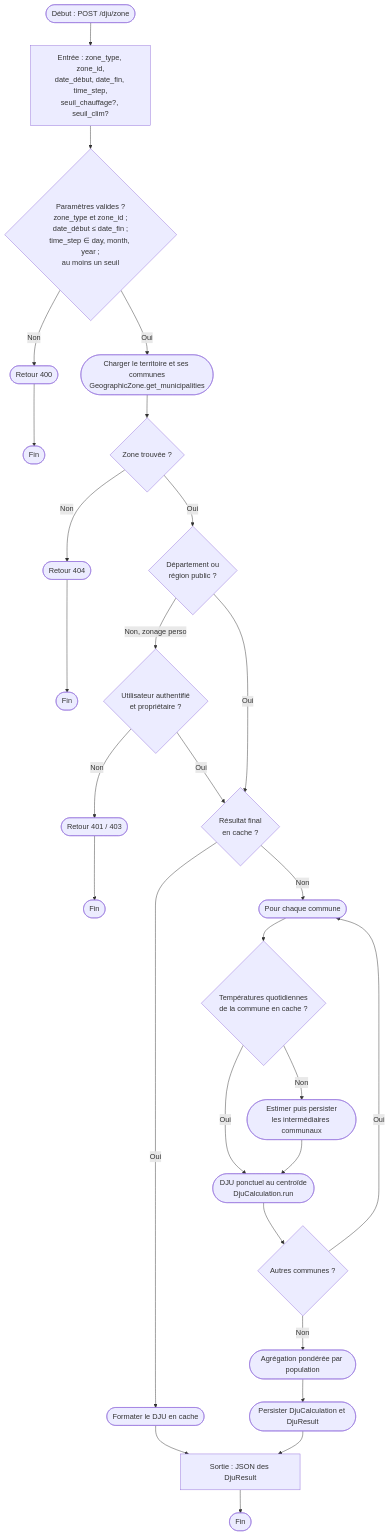
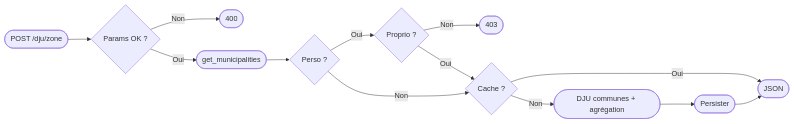
One commit to gabriel-dahan/ensai-it-project-2a-team12 changed the fifth of 8 diagrams in doc/activity_diagram.md. Above: the diagram before and after it, drawn with Mermaid. The commit also changed other lines of this file and 30688 other files, not shown here.

````diff
--- a/doc/activity_diagram.md
+++ b/doc/activity_diagram.md
@@ -93,30 +60,15 @@
 ```mermaid
-flowchart TD
-    start([Début : POST /dju/zone]) --> entree["Entrée : zone_type, zone_id,\ndate_début, date_fin, time_step,\nseuil_chauffage?, seuil_clim?"]
-    entree --> validate{Paramètres valides ?\nzone_type et zone_id ;\ndate_début ≤ date_fin ;\ntime_step ∈ day, month, year ;\nau moins un seuil}
-    validate -->|Non| badReq([Retour 400])
-    badReq --> endBad([Fin])
-    validate -->|Oui| loadZone(["Charger le territoire et ses communes\nGeographicZone.get_municipalities"])
-    loadZone --> exists{Zone trouvée ?}
-    exists -->|Non| notFound([Retour 404])
-    notFound --> end404([Fin])
-    exists -->|Oui| kind{Département ou\nrégion public ?}
-    kind -->|Non, zonage perso| auth{Utilisateur authentifié\net propriétaire ?}
-    auth -->|Non| forbidden([Retour 401 / 403])
-    forbidden --> endAuth([Fin])
-    auth -->|Oui| cache
-    kind -->|Oui| cache{Résultat final\nen cache ?}
-    cache -->|Oui| formatCached([Formater le DJU en cache])
-    formatCached --> respondOk
-    cache -->|Non| loopMuni([Pour chaque commune])
-    loopMuni --> cacheCommune{Températures quotidiennes\nde la commune en cache ?}
-    cacheCommune -->|Oui| pointDju
-    cacheCommune -->|Non| pointEst([Estimer puis persister\nles intermédiaires communaux])
-    pointEst --> pointDju(["DJU ponctuel au centroïde\nDjuCalculation.run"])
-    pointDju --> moreMuni{Autres communes ?}
-    moreMuni -->|Oui| loopMuni
-    moreMuni -->|Non| agg([Agrégation pondérée par population])
-    agg --> save(["Persister DjuCalculation et DjuResult"])
-    save --> respondOk["Sortie : JSON des DjuResult"]
-    respondOk --> endOk([Fin])
+flowchart LR
+    start([POST /dju/zone]) --> val{Params OK ?}
+    val -->|Non| bad([400])
+    val -->|Oui| load(["get_municipalities"])
+    load --> auth{Perso ?}
+    auth -->|Oui| own{Proprio ?}
+    own -->|Non| forbid([403])
+    own -->|Oui| work
+    auth -->|Non| work{Cache ?}
+    work -->|Oui| out([JSON])
+    work -->|Non| run([DJU communes + agrégation])
+    run --> save([Persister])
+    save --> out
 ```
````
